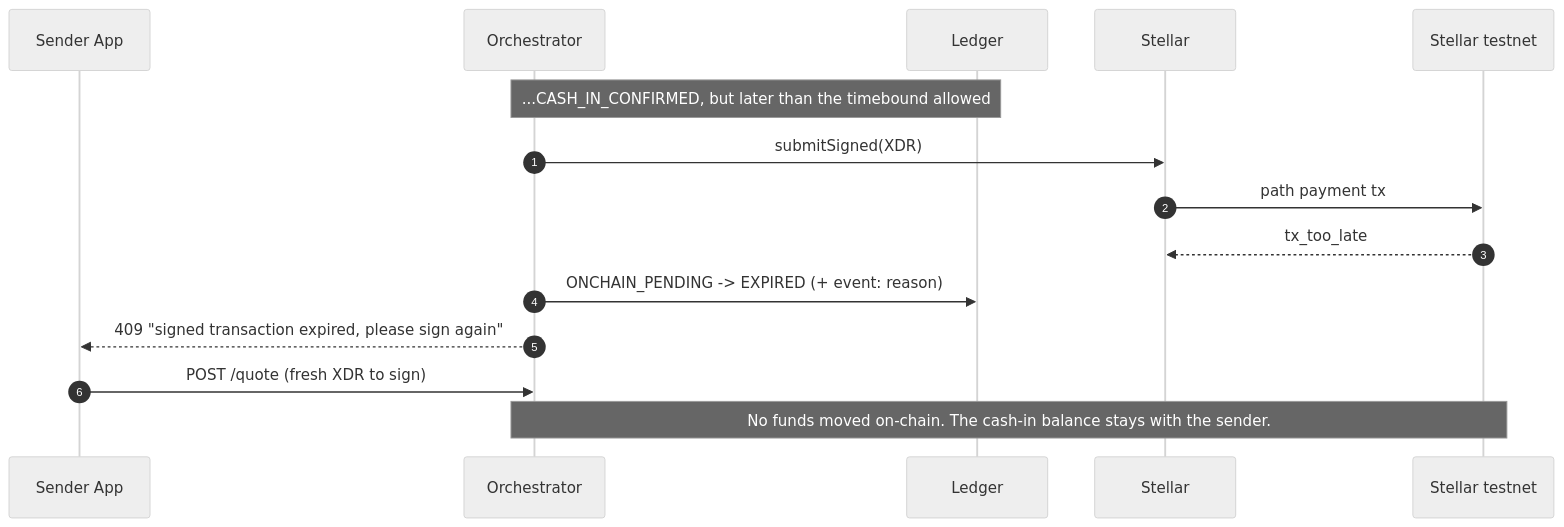
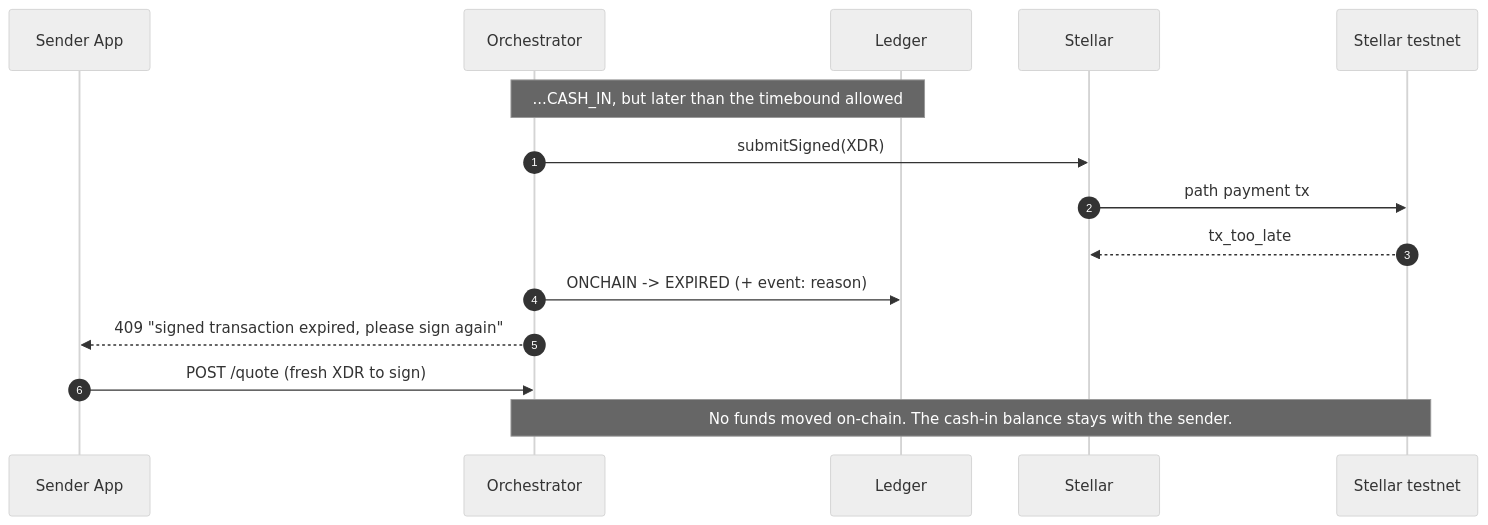
One commit to yigitcangokmen/corramoney changed the fifth of 5 diagrams in docs/flows.md. Above: the diagram before and after it, drawn with Mermaid (neutral theme). The commit also changed other lines of this file and 8 other files, not shown here.

````diff
--- a/docs/flows.md
+++ b/docs/flows.md
@@ -110,18 +109,18 @@
 ```mermaid
 sequenceDiagram
     autonumber
     participant S as Sender App
     participant O as Orchestrator
     participant L as Ledger
     participant K as Stellar
     participant X as Stellar testnet
 
-    Note over O,L: ...CASH_IN_CONFIRMED, but later than the timebound allowed
+    Note over O,L: ...CASH_IN, but later than the timebound allowed
     O->>K: submitSigned(XDR)
     K->>X: path payment tx
     X-->>K: tx_too_late
-    O->>L: ONCHAIN_PENDING -> EXPIRED (+ event: reason)
+    O->>L: ONCHAIN -> EXPIRED (+ event: reason)
     O-->>S: 409 "signed transaction expired, please sign again"
     S->>O: POST /quote (fresh XDR to sign)
     Note over O,X: No funds moved on-chain. The cash-in balance stays with the sender.
 ```
````
